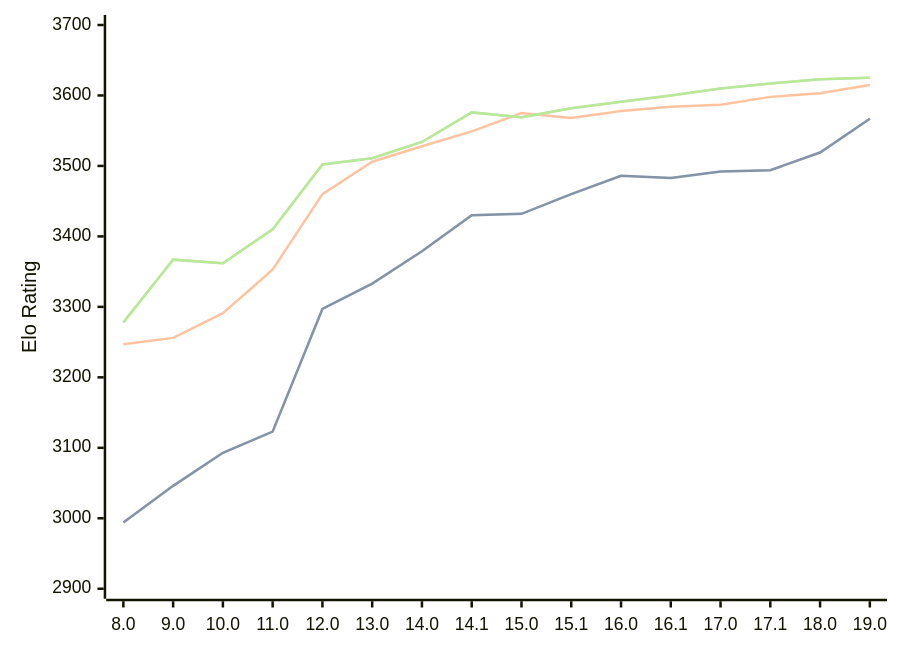
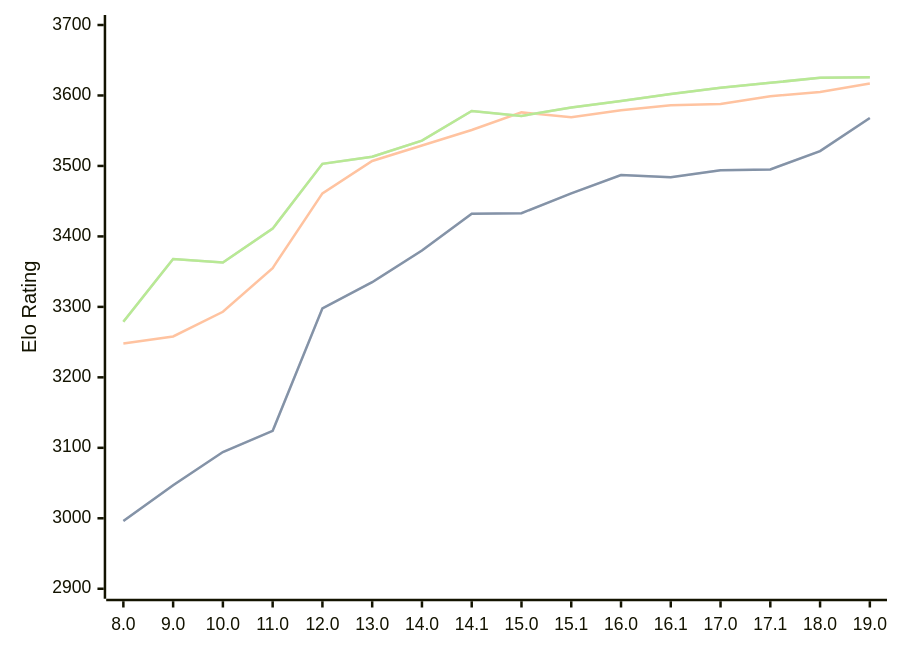
One commit to computer-chess-index/cci changed the diagram in engines/Stockfish.md. Above: the diagram before and after it, drawn with Mermaid. The commit also changed other lines of this file, not shown here.

Commit message:
Update CCI Ratings (ELO VLTC) - 2026-10-09

````diff
--- a/engines/Stockfish.md
+++ b/engines/Stockfish.md
@@ -46,11 +46,11 @@
 ```mermaid
 %%{init: {"theme":"base","themeVariables":{"seriesColors:['#a3a3a3','#222221','#faa371']}}}%%
 xychart-beta
   x-axis ["8.0", "9.0", "10.0", "11.0", "12.0", "13.0", "14.0", "14.1", "15.0", "15.1", "16.0", "16.1", "17.0", "17.1", "18.0", "19.0"]
   y-axis "Elo Rating" 2900 --> 3700
-  line "" [2994, 3046, 3093, 3123, 3297, 3333, 3379, 3430, 3432, 3460, 3486, 3483, 3492, 3494, 3519, 3567]
-  line "STC (8.0+0.08s)" [2994, 3046, 3093, 3123, 3297, 3333, 3379, 3430, 3432, 3460, 3486, 3483, 3492, 3494, 3519, 3567]
-  line "LTC (60.0+0.60s)" [3247, 3256, 3291, 3353, 3460, 3506, 3528, 3549, 3575, 3568, 3578, 3584, 3587, 3598, 3603, 3615]
-  line "" [3278, 3367, 3362, 3410, 3502, 3511, 3534, 3576, 3569, 3582, 3591, 3600, 3610, 3617, 3623, 3625]
-  line "VLTC (2m24s+1.12s)" [3278, 3367, 3362, 3410, 3502, 3511, 3534, 3576, 3569, 3582, 3591, 3600, 3610, 3617, 3623, 3625]
+  line "" [2996, 3047, 3094, 3124, 3298, 3335, 3380, 3432, 3433, 3461, 3487, 3484, 3494, 3495, 3521, 3568]
+  line "STC (8.0+0.08s)" [2996, 3047, 3094, 3124, 3298, 3335, 3380, 3432, 3433, 3461, 3487, 3484, 3494, 3495, 3521, 3568]
+  line "LTC (60.0+0.60s)" [3248, 3258, 3293, 3355, 3461, 3507, 3529, 3551, 3576, 3569, 3579, 3586, 3588, 3599, 3605, 3617]
+  line "" [3279, 3368, 3363, 3411, 3503, 3513, 3536, 3578, 3571, 3583, 3592, 3602, 3611, 3618, 3625, 3626]
+  line "VLTC (2m24s+1.12s)" [3279, 3368, 3363, 3411, 3503, 3513, 3536, 3578, 3571, 3583, 3592, 3602, 3611, 3618, 3625, 3626]
 ```
````
